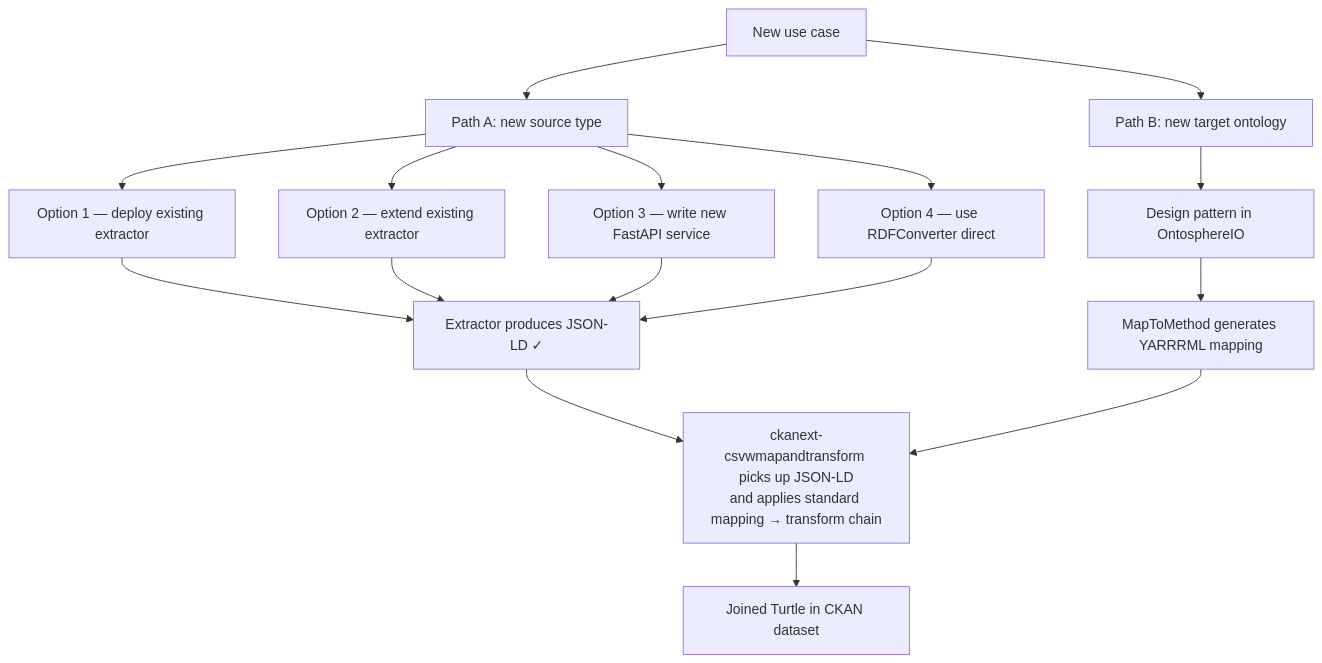
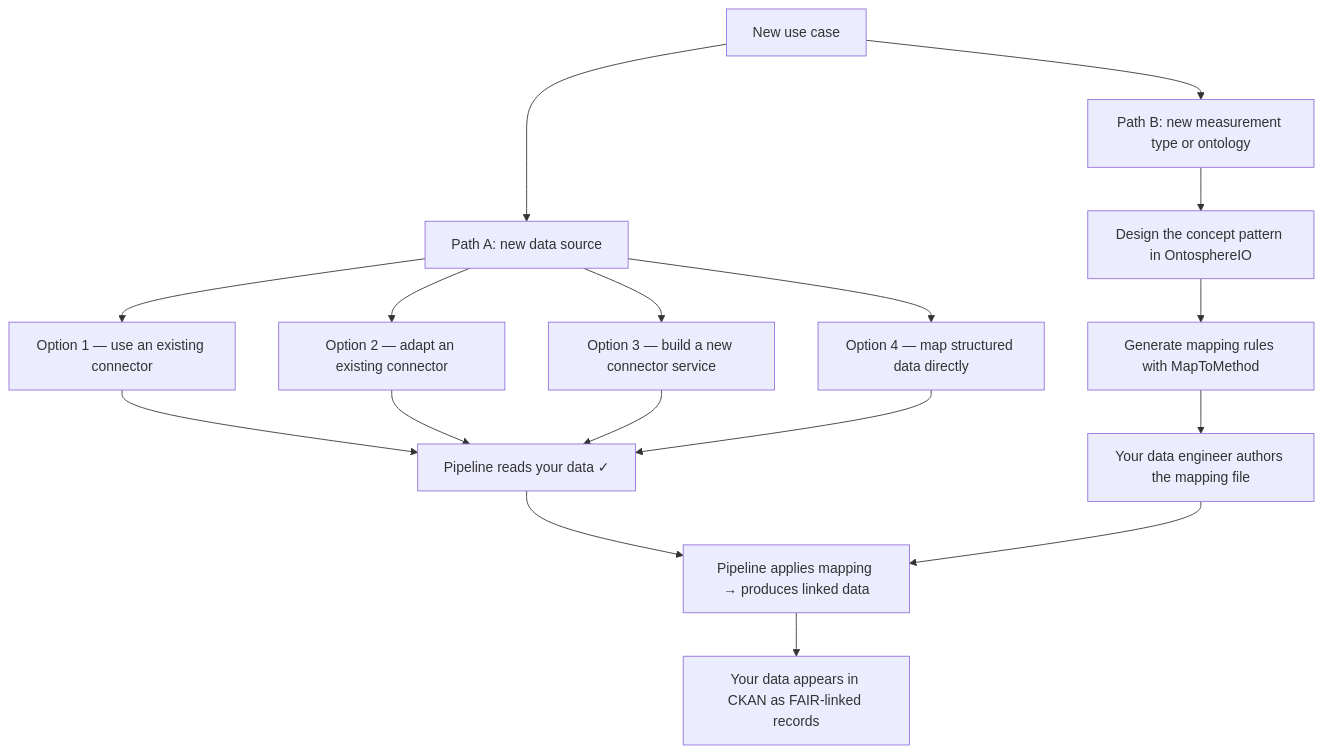
One commit to Mat-O-Lab/DataPipeline changed the diagram in docs/guides/add-a-use-case.md. Above: the diagram before and after it, drawn with Mermaid. The commit also changed other lines of this file and 20 other files, not shown here.

````diff
--- a/docs/guides/add-a-use-case.md
+++ b/docs/guides/add-a-use-case.md
@@ -13,23 +26,24 @@
 ```mermaid
 flowchart TD
-    UC[New use case] --> SA[Path A: new source type]
-    UC --> SB[Path B: new target ontology]
+    UC[New use case] --> SA[Path A: new data source]
+    UC --> SB[Path B: new measurement type or ontology]
 
-    SA --> SA1[Option 1 — deploy existing extractor]
-    SA --> SA2[Option 2 — extend existing extractor]
-    SA --> SA3[Option 3 — write new FastAPI service]
-    SA --> SA4[Option 4 — use RDFConverter direct]
+    SA --> SA1[Option 1 — use an existing connector]
+    SA --> SA2[Option 2 — adapt an existing connector]
+    SA --> SA3[Option 3 — build a new connector service]
+    SA --> SA4[Option 4 — map structured data directly]
 
-    SA1 --> JSONLD[Extractor produces JSON-LD ✓]
-    SA2 --> JSONLD
-    SA3 --> JSONLD
-    SA4 --> JSONLD
+    SA1 --> OUT1[Pipeline reads your data ✓]
+    SA2 --> OUT1
+    SA3 --> OUT1
+    SA4 --> OUT1
 
-    JSONLD --> CHAIN[ckanext-csvwmapandtransform picks up JSON-LD\nand applies standard mapping → transform chain]
+    SB --> SB1[Design the concept pattern in OntosphereIO]
+    SB1 --> SB2[Generate mapping rules with MapToMethod]
+    SB2 --> SB3[Your data engineer authors the mapping file]
 
-    SB --> SB1[Design pattern in OntosphereIO]
-    SB1 --> SB2[MapToMethod generates YARRRML mapping]
-    SB2 --> CHAIN
+    OUT1 --> CHAIN[Pipeline applies mapping → produces linked data]
+    SB3 --> CHAIN
 
-    CHAIN --> OUT[Joined Turtle in CKAN dataset]
+    CHAIN --> OUT[Your data appears in CKAN as FAIR-linked records]
 ```
````
